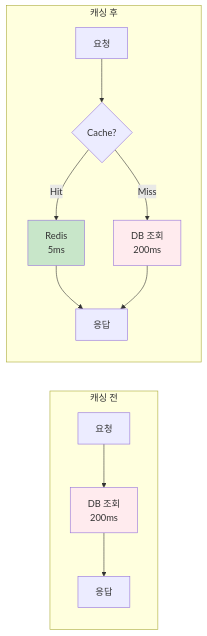
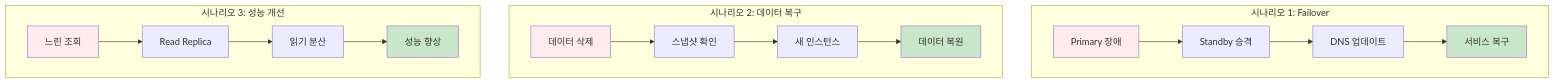
The ninth of 11 diagrams in theory/week_05/day3/README.md (niceguy61/kdt_devops_lecture_2025), drawn with Mermaid before and after one commit. The commit also changed other lines of this file, not shown here.

````diff
--- a/theory/week_05/day3/README.md
+++ b/theory/week_05/day3/README.md
@@ -344,19 +348,27 @@
 ```mermaid
-graph LR
-    subgraph "캐싱 전"
-        A1[요청] --> A2[DB 조회<br/>200ms]
-        A2 --> A3[응답]
+graph TB
+    subgraph "시나리오 1: Failover"
+        A1[Primary 장애] --> A2[Standby 승격]
+        A2 --> A3[DNS 업데이트]
+        A3 --> A4[서비스 복구]
     end
     
-    subgraph "캐싱 후"
-        B1[요청] --> B2{Cache?}
-        B2 -->|Hit| B3[Redis<br/>5ms]
-        B2 -->|Miss| B4[DB 조회<br/>200ms]
-        B3 --> B5[응답]
-        B4 --> B5
+    subgraph "시나리오 2: 데이터 복구"
+        B1[데이터 삭제] --> B2[스냅샷 확인]
+        B2 --> B3[새 인스턴스]
+        B3 --> B4[데이터 복원]
     end
     
-    style A2 fill:#ffebee
-    style B3 fill:#c8e6c9
-    style B4 fill:#ffebee
+    subgraph "시나리오 3: 성능 개선"
+        C1[느린 조회] --> C2[Read Replica]
+        C2 --> C3[읽기 분산]
+        C3 --> C4[성능 향상]
+    end
+    
+    style A1 fill:#ffebee
+    style A4 fill:#c8e6c9
+    style B1 fill:#ffebee
+    style B4 fill:#c8e6c9
+    style C1 fill:#ffebee
+    style C4 fill:#c8e6c9
 ```
````
